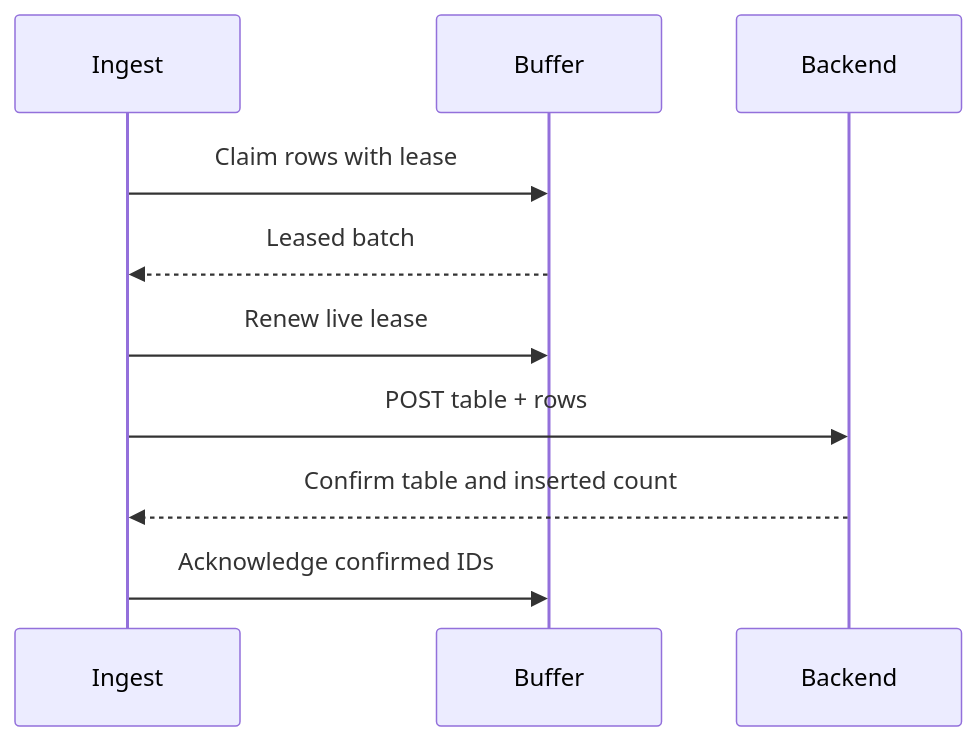
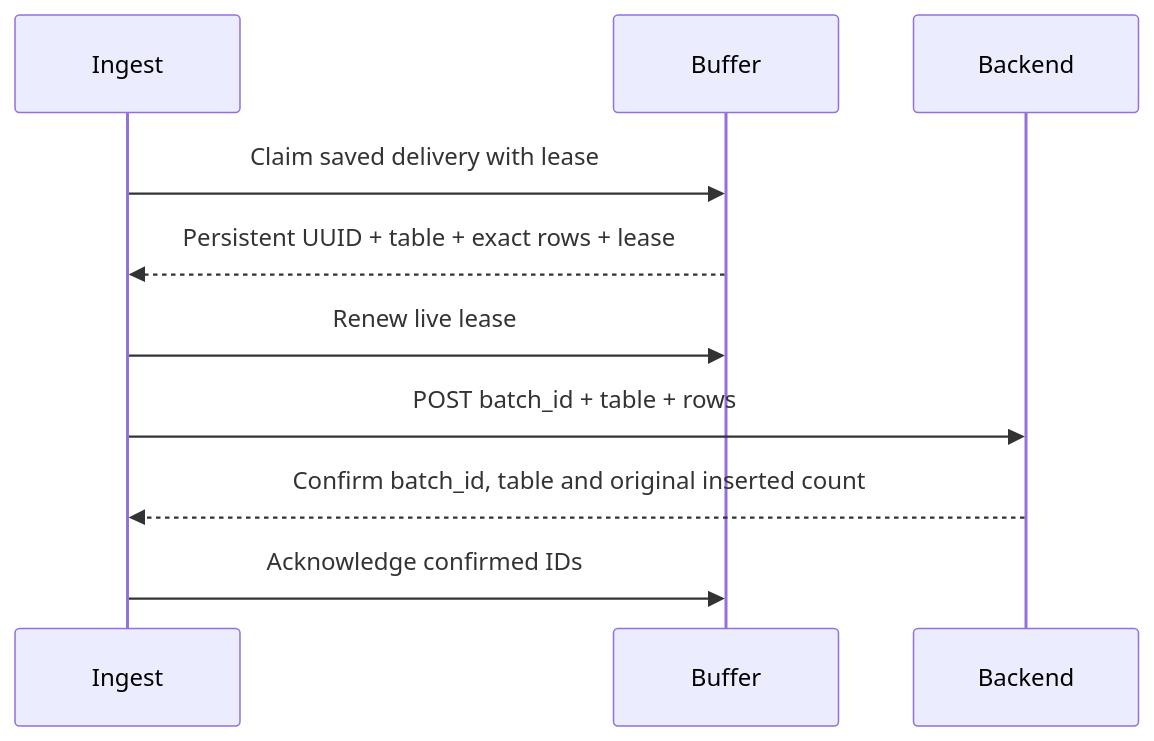
Before and after one commit to WajeehAlamoudi/VisionEngine_Services: the diagram in services/ingest/README.md, drawn with Mermaid. The commit also changed other lines of this file and 2 other files, not shown here.

First line of the commit message:
Send persisted delivery UUIDs with ingest requests

````diff
--- a/services/ingest/README.md
+++ b/services/ingest/README.md
@@ -32,12 +34,12 @@
 ```mermaid
 sequenceDiagram
     participant I as Ingest
     participant B as Buffer
     participant A as Backend
-    I->>B: Claim rows with lease
-    B-->>I: Leased batch
+    I->>B: Claim saved delivery with lease
+    B-->>I: Persistent UUID + table + exact rows + lease
     I->>B: Renew live lease
-    I->>A: POST table + rows
-    A-->>I: Confirm table and inserted count
+    I->>A: POST batch_id + table + rows
+    A-->>I: Confirm batch_id, table and original inserted count
     I->>B: Acknowledge confirmed IDs
 ```
````
